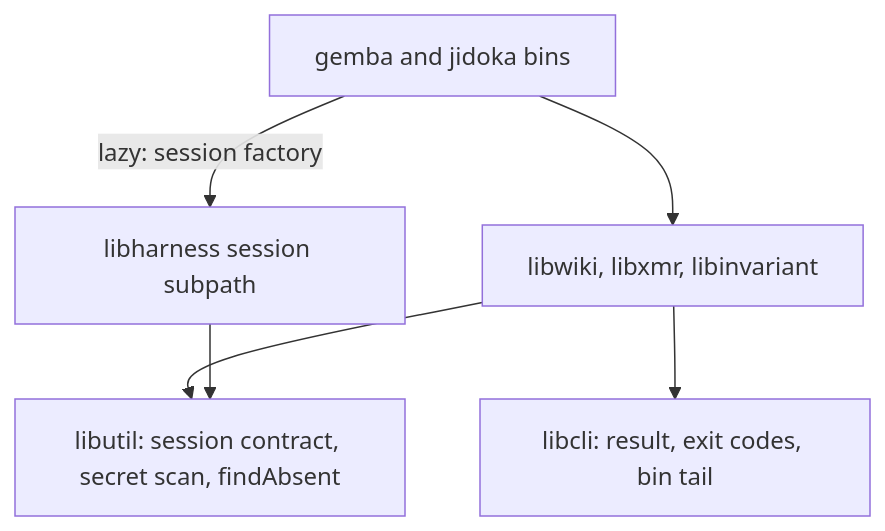
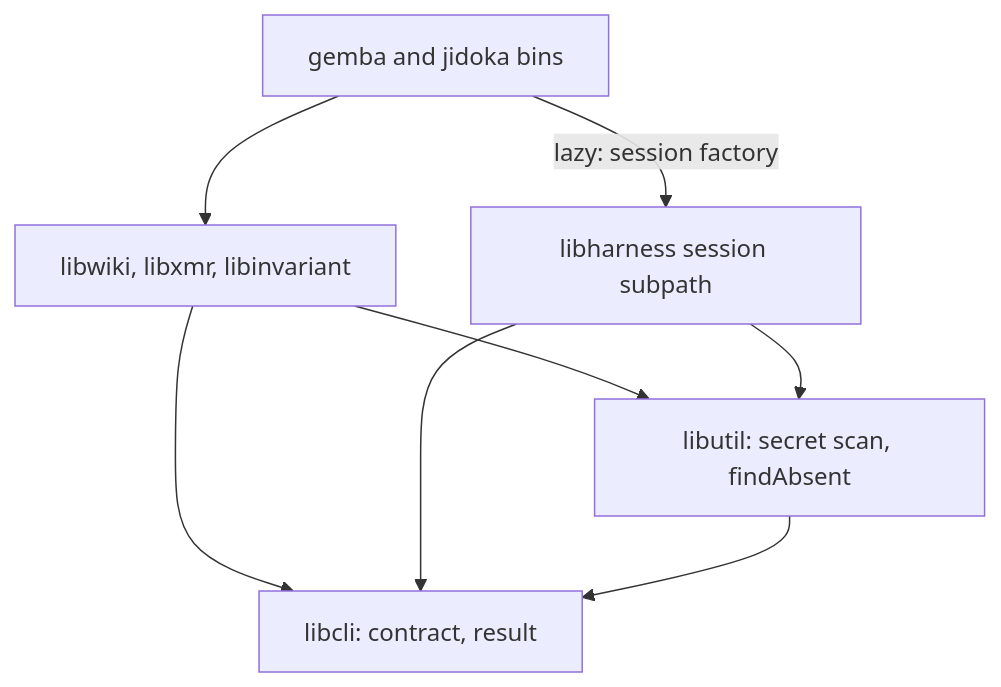
Before and after one commit to forwardimpact/monorepo: the first of 2 diagrams in specs/2410-agent-backed-commands/design-a.md, drawn with Mermaid. The commit also changed other lines of this file and 1 other file, not shown here.

````diff
--- a/specs/2410-agent-backed-commands/design-a.md
+++ b/specs/2410-agent-backed-commands/design-a.md
@@ -30,8 +28,10 @@
 ```mermaid
 graph TD
     B["gemba and jidoka bins"] -->|"lazy: session factory"| H["libharness session subpath"]
     B --> D["libwiki, libxmr, libinvariant"]
-    D --> C["libcli: result, exit codes, bin tail"]
-    D --> U["libutil: session contract, secret scan, findAbsent"]
+    D --> C["libcli: contract, result"]
+    D --> U["libutil: secret scan, findAbsent"]
+    H --> C
     H --> U
+    U --> C
 ```
````
